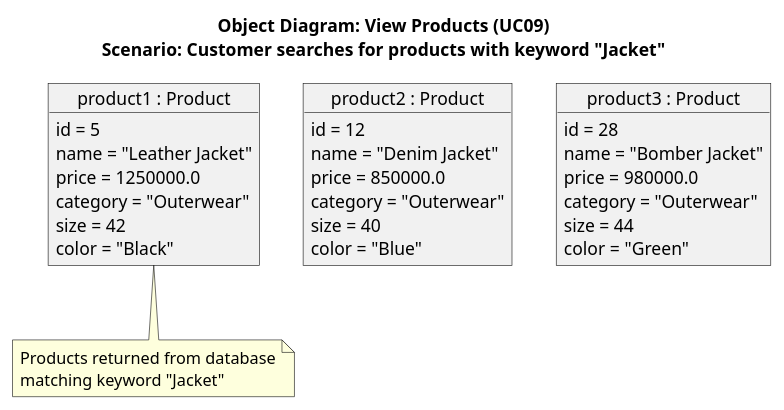
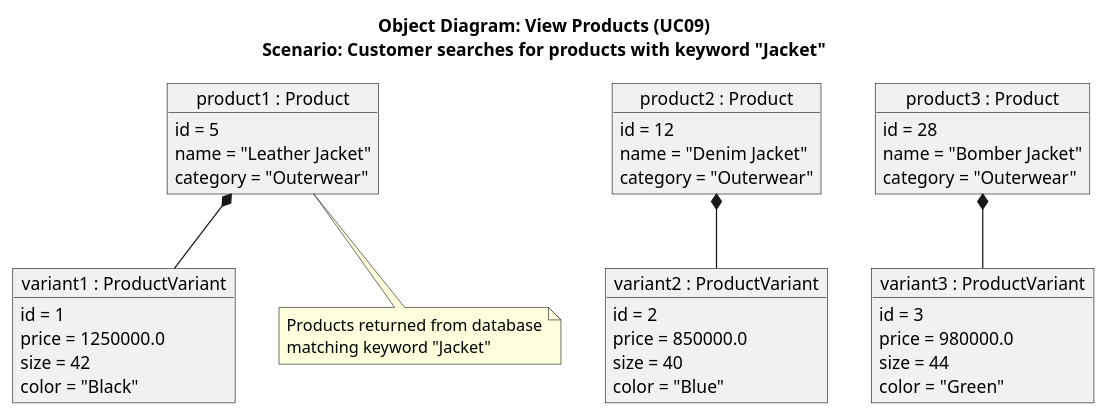
One commit to Peterdir/fashion-store-system changed the diagram in src/main/java/org/example/fashionstoresystem/uml/Object/OD09_ViewProducts.puml. Above: the diagram before and after it, drawn with PlantUML. The commit also changed 28 other files, not shown here.

```diff
--- a/src/main/java/org/example/fashionstoresystem/uml/Object/OD09_ViewProducts.puml
+++ b/src/main/java/org/example/fashionstoresystem/uml/Object/OD09_ViewProducts.puml
@@ -1,36 +1,52 @@
 @startuml
 title Object Diagram: View Products (UC09)\nScenario: Customer searches for products with keyword "Jacket"
 
 object "product1 : Product" as p1 {
     id = 5
     name = "Leather Jacket"
+    category = "Outerwear"
+}
+
+object "variant1 : ProductVariant" as v1 {
+    id = 1
     price = 1250000.0
-    category = "Outerwear"
     size = 42
     color = "Black"
 }
 
 object "product2 : Product" as p2 {
     id = 12
     name = "Denim Jacket"
+    category = "Outerwear"
+}
+
+object "variant2 : ProductVariant" as v2 {
+    id = 2
     price = 850000.0
-    category = "Outerwear"
     size = 40
     color = "Blue"
 }
 
 object "product3 : Product" as p3 {
     id = 28
     name = "Bomber Jacket"
+    category = "Outerwear"
+}
+
+object "variant3 : ProductVariant" as v3 {
+    id = 3
     price = 980000.0
-    category = "Outerwear"
     size = 44
     color = "Green"
 }
+
+p1 *-- v1
+p2 *-- v2
+p3 *-- v3
 
 note bottom of p1
     Products returned from database
     matching keyword "Jacket"
 end note
 
 @enduml
```
